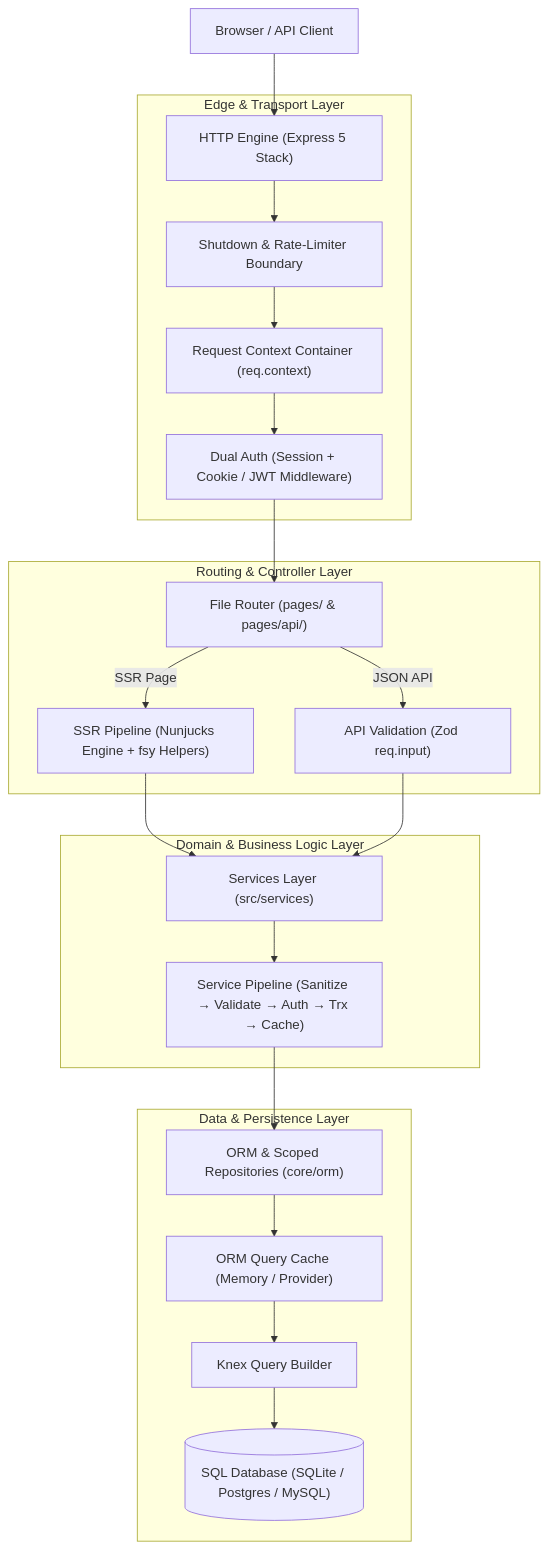
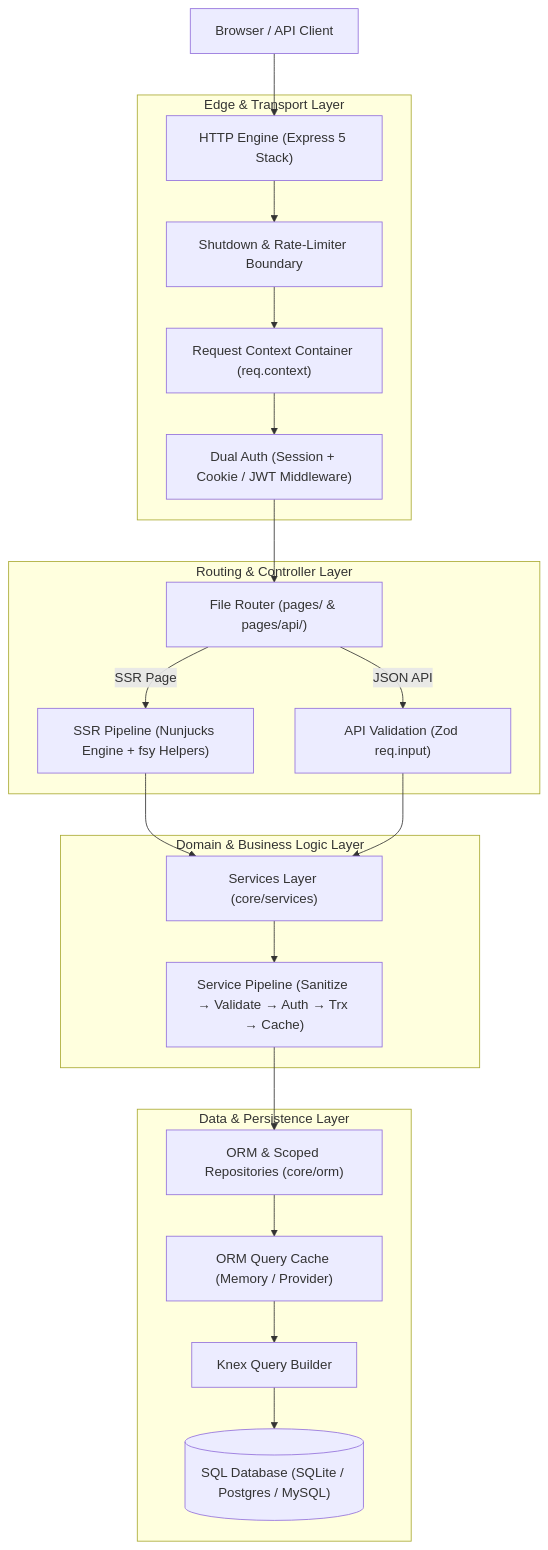
One commit to litepacks/webspresso changed the diagram in docs/concepts/architecture.md. Above: the diagram before and after it, drawn with Mermaid. The commit also changed other lines of this file and 120 other files, not shown here.

Commit message:
refactor: modularize core architecture by migrating services, validation, and context utilities into core module

````diff
--- a/docs/concepts/architecture.md
+++ b/docs/concepts/architecture.md
@@ -27,29 +27,29 @@
 ```mermaid
 graph TD
     Client["Browser / API Client"] --> HTTP["HTTP Engine (Express 5 Stack)"]
     
     subgraph "Edge & Transport Layer"
         HTTP --> Shutdown["Shutdown & Rate-Limiter Boundary"]
         Shutdown --> ContextMW["Request Context Container (req.context)"]
         ContextMW --> Auth["Dual Auth (Session + Cookie / JWT Middleware)"]
     end
     
     subgraph "Routing & Controller Layer"
         Auth --> Router["File Router (pages/ & pages/api/)"]
         Router -->|SSR Page| SSR["SSR Pipeline (Nunjucks Engine + fsy Helpers)"]
         Router -->|JSON API| API["API Validation (Zod req.input)"]
     end
     
     subgraph "Domain & Business Logic Layer"
-        SSR --> Services["Services Layer (src/services)"]
+        SSR --> Services["Services Layer (core/services)"]
         API --> Services
         Services --> Pipeline["Service Pipeline (Sanitize → Validate → Auth → Trx → Cache)"]
     end
     
     subgraph "Data & Persistence Layer"
         Pipeline --> ORM["ORM & Scoped Repositories (core/orm)"]
         ORM --> Cache["ORM Query Cache (Memory / Provider)"]
         Cache --> Knex["Knex Query Builder"]
         Knex --> DB[("SQL Database (SQLite / Postgres / MySQL)")]
     end
 ```
````
